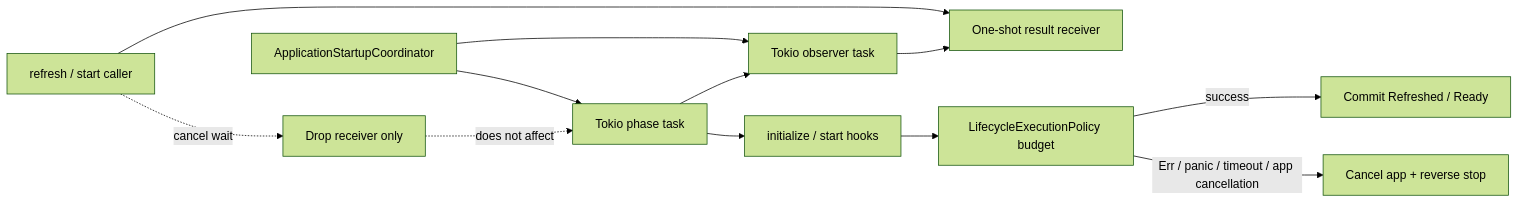
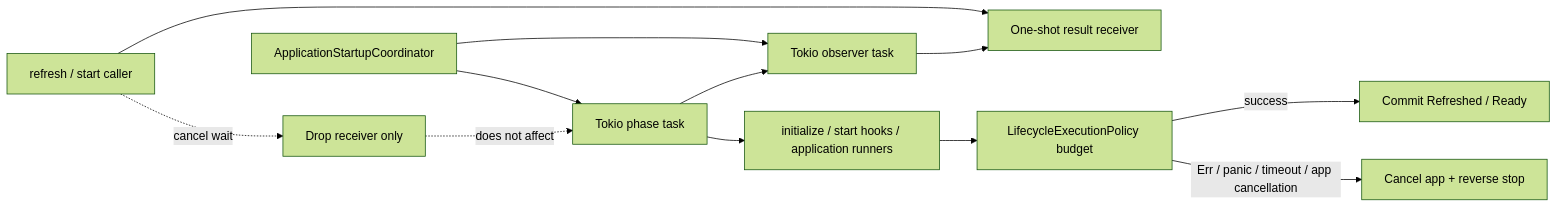
One commit to easy-4-rust/vernal changed diagram 19 of 25 in docs/Vernal-Architecture.md. Above: the diagram before and after it, drawn with Mermaid (forest theme). The commit also changed other lines of this file and 36 other files, not shown here.

Commit message:
feat(context): manage application runners

````diff
--- a/docs/Vernal-Architecture.md
+++ b/docs/Vernal-Architecture.md
@@ -1208,14 +1262,14 @@
 ```mermaid
 flowchart LR
     Caller["refresh / start caller"] --> Receiver["One-shot result receiver"]
     Caller -.->|"cancel wait"| Dropped["Drop receiver only"]
     Startup["ApplicationStartupCoordinator"] --> Operation["Tokio phase task"]
     Startup --> Observer["Tokio observer task"]
-    Operation --> Hooks["initialize / start hooks"]
+    Operation --> Hooks["initialize / start hooks / application runners"]
     Hooks --> Budget["LifecycleExecutionPolicy budget"]
     Budget -->|"success"| Commit["Commit Refreshed / Ready"]
     Budget -->|"Err / panic / timeout / app cancellation"| Rollback["Cancel app + reverse stop"]
     Operation --> Observer
     Observer --> Receiver
     Dropped -.->|"does not affect"| Operation
 ```
````
